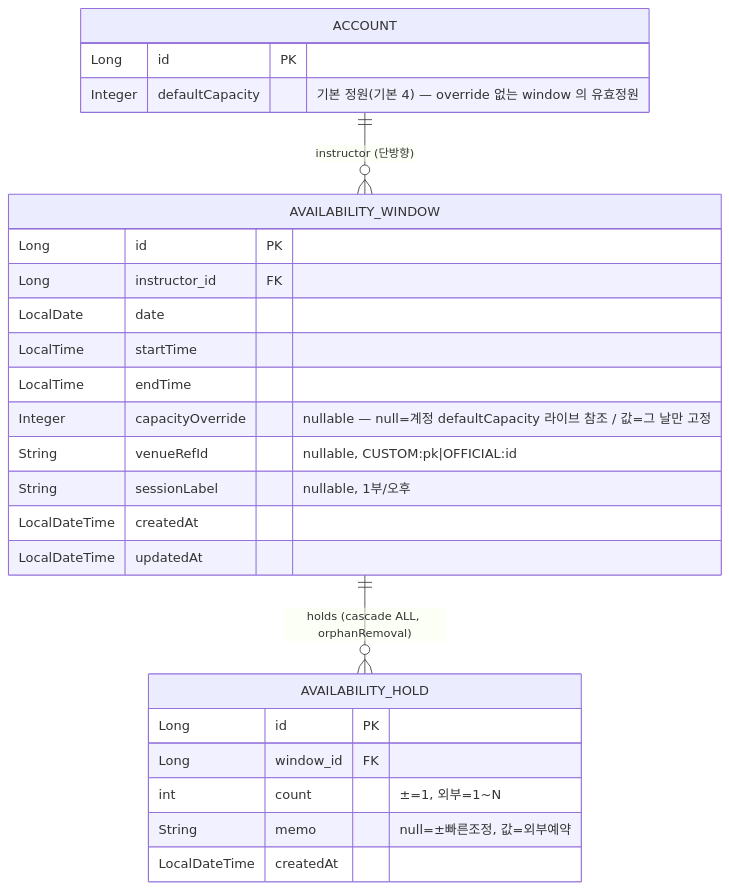
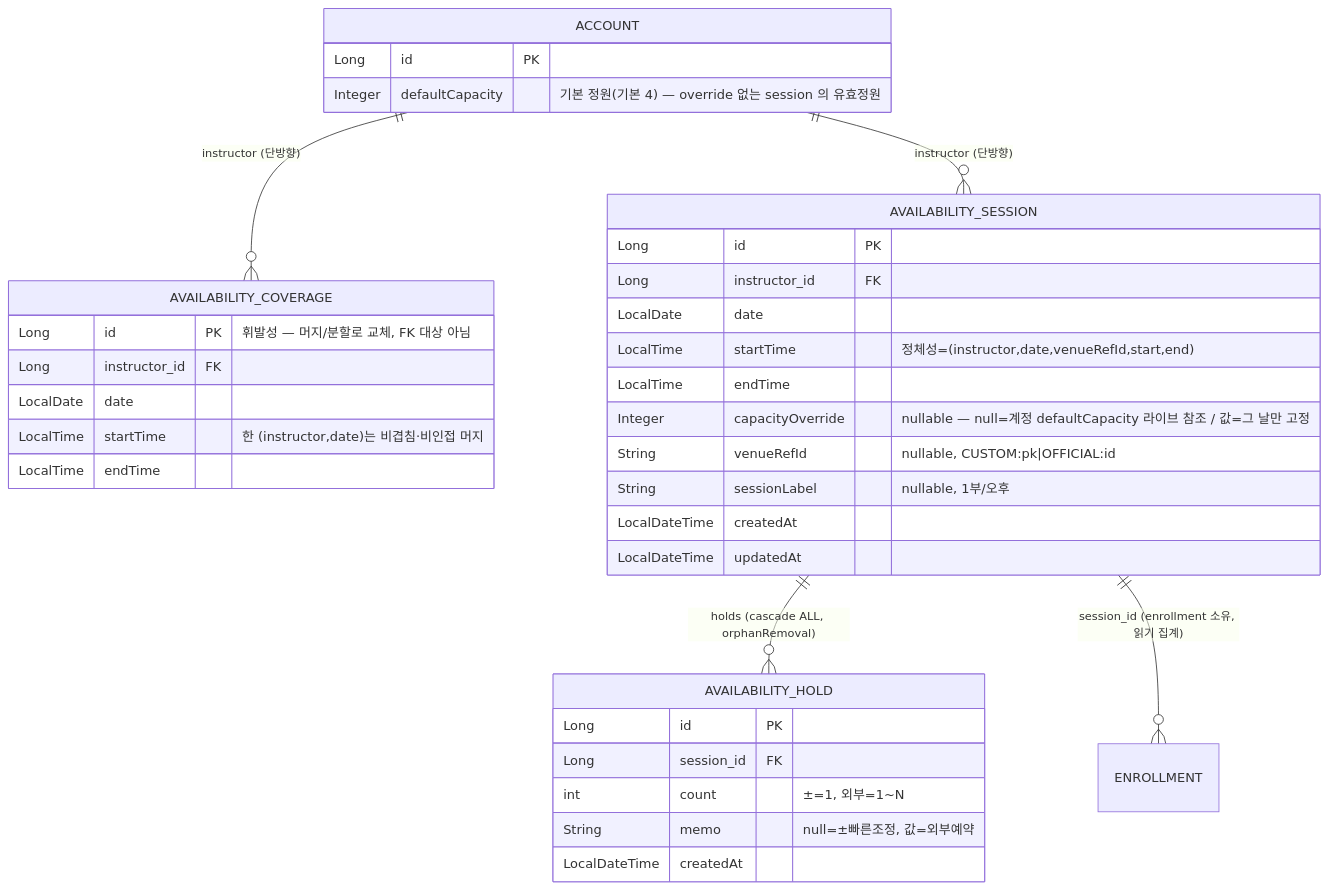
One commit to pungdong/Pungdong-Backend changed the fifth of 5 diagrams in docs/architecture/availability.md. Above: the diagram before and after it, drawn with Mermaid. The commit also changed other lines of this file and 5 other files, not shown here.

First line of the commit message:
Docs: coverage/session 2레이어 재설계 반영 (availability·enrollment 도메인/피처 문서 + CLAUDE.md)

````diff
--- a/docs/architecture/availability.md
+++ b/docs/architecture/availability.md
@@ -101,29 +123,38 @@
 ```mermaid
 erDiagram
-  ACCOUNT ||--o{ AVAILABILITY_WINDOW : "instructor (단방향)"
-  AVAILABILITY_WINDOW ||--o{ AVAILABILITY_HOLD : "holds (cascade ALL, orphanRemoval)"
+  ACCOUNT ||--o{ AVAILABILITY_COVERAGE : "instructor (단방향)"
+  ACCOUNT ||--o{ AVAILABILITY_SESSION : "instructor (단방향)"
+  AVAILABILITY_SESSION ||--o{ AVAILABILITY_HOLD : "holds (cascade ALL, orphanRemoval)"
+  AVAILABILITY_SESSION ||--o{ ENROLLMENT : "session_id (enrollment 소유, 읽기 집계)"
 
   ACCOUNT {
     Long id PK
-    Integer defaultCapacity "기본 정원(기본 4) — override 없는 window 의 유효정원"
+    Integer defaultCapacity "기본 정원(기본 4) — override 없는 session 의 유효정원"
   }
-  AVAILABILITY_WINDOW {
+  AVAILABILITY_COVERAGE {
+    Long id PK "휘발성 — 머지/분할로 교체, FK 대상 아님"
+    Long instructor_id FK
+    LocalDate date
+    LocalTime startTime "한 (instructor,date)는 비겹침·비인접 머지"
+    LocalTime endTime
+  }
+  AVAILABILITY_SESSION {
     Long id PK
     Long instructor_id FK
     LocalDate date
-    LocalTime startTime
+    LocalTime startTime "정체성=(instructor,date,venueRefId,start,end)"
     LocalTime endTime
     Integer capacityOverride "nullable — null=계정 defaultCapacity 라이브 참조 / 값=그 날만 고정"
     String venueRefId "nullable, CUSTOM:pk|OFFICIAL:id"
     String sessionLabel "nullable, 1부/오후"
     LocalDateTime createdAt
     LocalDateTime updatedAt
   }
   AVAILABILITY_HOLD {
     Long id PK
-    Long window_id FK
+    Long session_id FK
     int count "±=1, 외부=1~N"
     String memo "null=±빠른조정, 값=외부예약"
     LocalDateTime createdAt
   }
 ```
````
